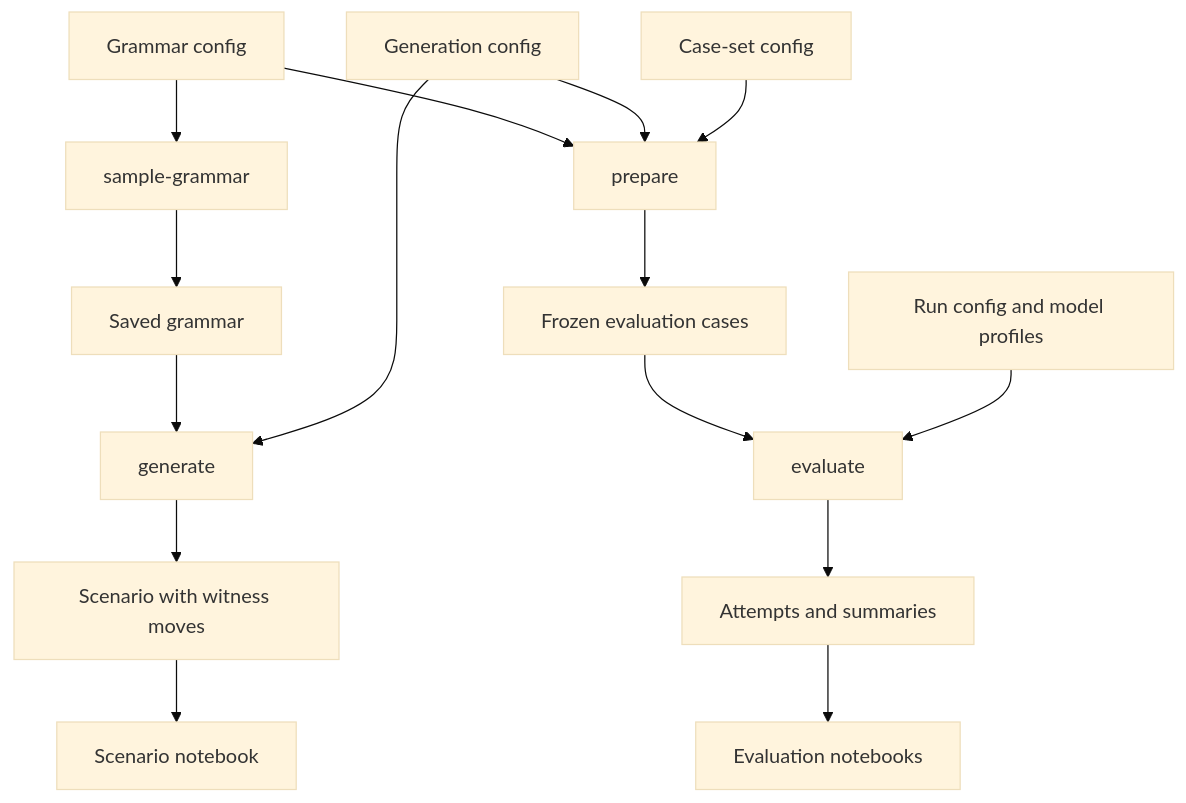
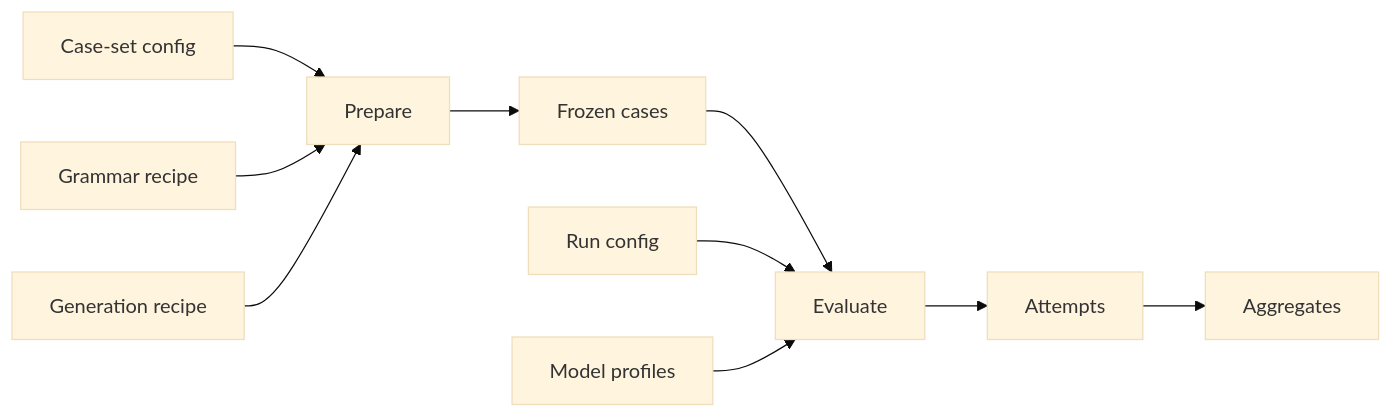
One commit to maximilian-armuss-dev/frabble changed the second of 2 diagrams in docs/getting-started.md. Above: the diagram before and after it, drawn with Mermaid (base theme). The commit also changed other lines of this file and 39 other files, not shown here.

````diff
--- a/docs/getting-started.md
+++ b/docs/getting-started.md
@@ -15,18 +49,12 @@
 ```mermaid
-flowchart TD
-    GrammarConfig["Grammar config"] --> Sample["sample-grammar"]
-    Sample --> Grammar["Saved grammar"]
-    Grammar --> Generate["generate"]
-    GenerationConfig["Generation config"] --> Generate
-    Generate --> Scenario["Scenario with witness moves"]
-    Scenario --> ScenarioNotebook["Scenario notebook"]
-
-    GrammarConfig --> Prepare["prepare"]
-    GenerationConfig --> Prepare
-    CaseSetConfig["Case-set config"] --> Prepare
-    Prepare --> Cases["Frozen evaluation cases"]
-    Cases --> Evaluate["evaluate"]
-    RunConfig["Run config and model profiles"] --> Evaluate
-    Evaluate --> Results["Attempts and summaries"]
-    Results --> EvaluationNotebook["Evaluation notebooks"]
+flowchart LR
+    CaseSet["Case-set config"] --> Prepare
+    GrammarRecipe["Grammar recipe"] --> Prepare
+    GenerationRecipe["Generation recipe"] --> Prepare
+    Prepare --> Cases["Frozen cases"]
+    Cases --> Evaluate
+    RunConfig["Run config"] --> Evaluate
+    Models["Model profiles"] --> Evaluate
+    Evaluate --> Attempts
+    Attempts --> Aggregates
 ```
````
